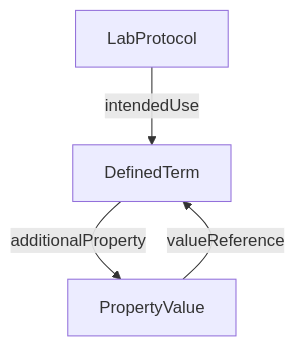
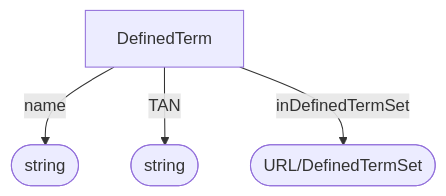
The diagram in spec/core/DefinedTerm.md (HLWeil/ProcessCore), drawn with Mermaid before and after one commit. The commit also changed other lines of this file and 10 other files, not shown here.

````diff
--- a/spec/core/DefinedTerm.md
+++ b/spec/core/DefinedTerm.md
@@ -20,6 +19,10 @@
 ```mermaid
 flowchart TD
-    LabProtocol --intendedUse--> DefinedTerm
-    PropertyValue --valueReference--> DefinedTerm
-    DefinedTerm --additionalProperty--> PropertyValue
+    na@{ shape: stadium, label: "string" }
+    ta@{ shape: stadium, label: "string" }
+    se@{ shape: stadium, label: "URL/DefinedTermSet" }
+
+    DefinedTerm --name--> na
+    DefinedTerm --TAN--> ta
+    DefinedTerm --inDefinedTermSet--> se
 ```
````
